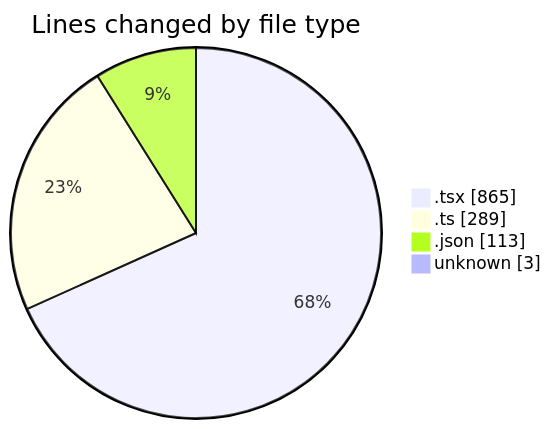
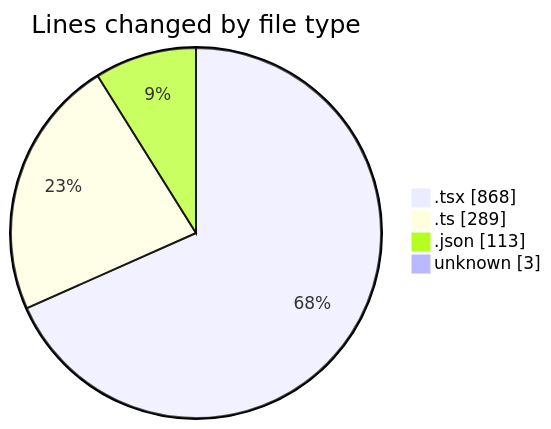
The first of 2 diagrams in 2025-02-23/pdf-analysis-app/README.md (momahboobian/code-tracking), drawn with Mermaid before and after one commit. The commit also changed other lines of this file and 1 other file, not shown here.

````diff
--- a/2025-02-23/pdf-analysis-app/README.md
+++ b/2025-02-23/pdf-analysis-app/README.md
@@ -33,8 +33,8 @@
 ```mermaid
 pie showData
 title Lines changed by file type
-".tsx" : 865
+".tsx" : 868
 ".ts" : 289
 ".json" : 113
 "unknown" : 3
 ```
````
